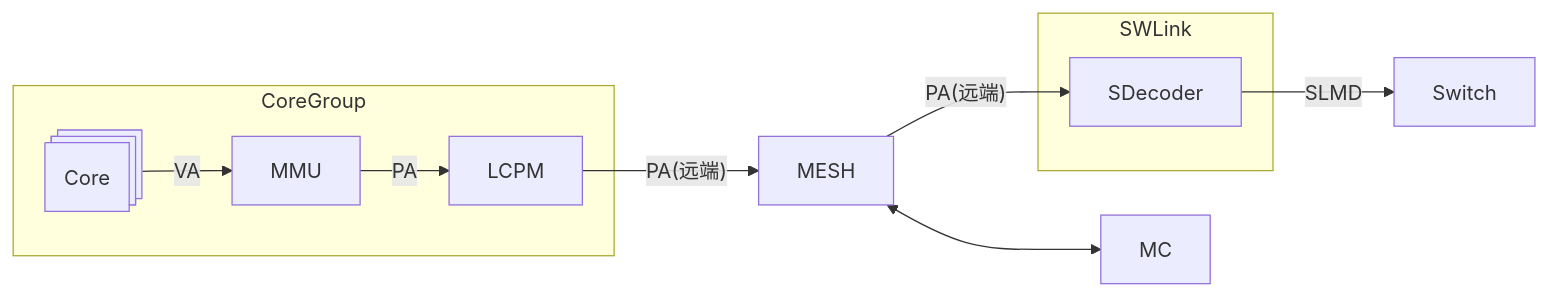
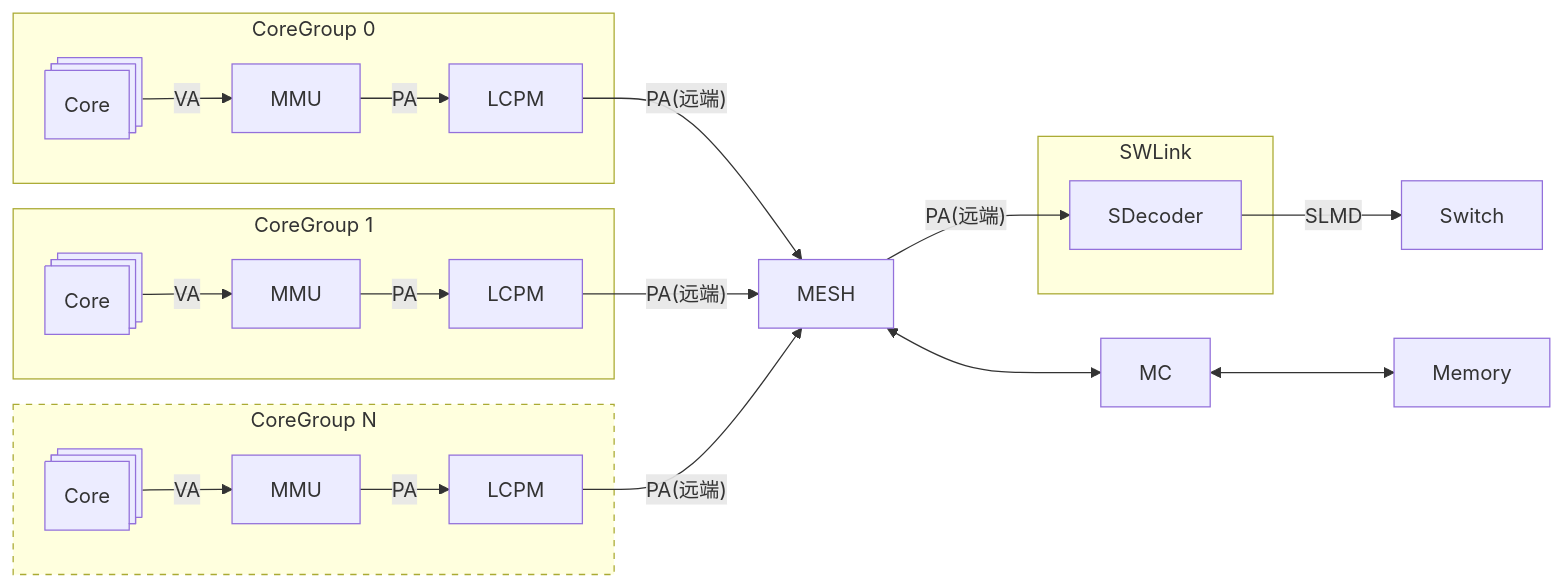
The first of 6 diagrams in doc/design_plan/SDecoder 设计方案 v1.0.md (DuBirdFly/C1_SDecoder), drawn with Mermaid before and after one commit. The commit also changed other lines of this file, not shown here.

````diff
--- a/doc/design_plan/SDecoder 设计方案 v1.0.md
+++ b/doc/design_plan/SDecoder 设计方案 v1.0.md
@@ -11,14 +11,24 @@
 ```mermaid
 flowchart LR
-    subgraph CoreGroup
-        CORE@{ shape: procs, label: "Core" } -->|"VA"| MMU["MMU"]
-        MMU -->|"PA"| LCPM["LCPM"]
+    subgraph CG0["CoreGroup 0"]
+        C0@{ shape: procs, label: "Core" } -->|"VA"| M0["MMU"]
+        M0 -->|"PA"| L0["LCPM"]
     end
+    subgraph CG1["CoreGroup 1"]
+        C1@{ shape: procs, label: "Core" } -->|"VA"| M1["MMU"]
+        M1 -->|"PA"| L1["LCPM"]
+    end
+    subgraph CGN["CoreGroup N"]
+        CN@{ shape: procs, label: "Core" } -->|"VA"| MN["MMU"]
+        MN -->|"PA"| LN["LCPM"]
+    end
+    style CGN stroke-dasharray: 5 5
     subgraph SWLink
         SDEC["SDecoder"]
     end
-    LCPM -->|"PA(远端)"| MESH["MESH"]
+    L0 & L1 & LN -->|"PA(远端)"| MESH["MESH"]
     MESH -->|"PA(远端)"| SDEC
     MESH <--> MC["MC"]
+    MC <--> MEM["Memory"]
     SDEC -->|"SLMD"| SWITCH["Switch"]
 ```
````
